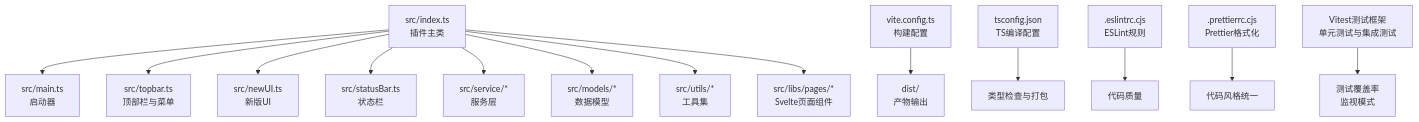
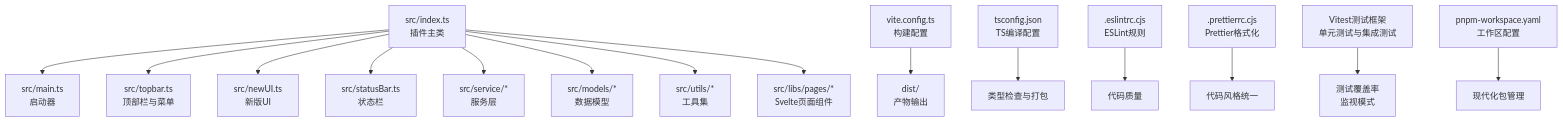
The first of 5 diagrams in .qoder/repowiki/zh/content/开发指南/开发指南.md (terwerinc/siyuan-plugin-share-pro), drawn with Mermaid before and after one commit. The commit also changed other lines of this file and 6 other files, not shown here.

Commit message:
docs(zh): add storage API docs and update dev guide for pnpm workspace

````diff
--- a/.qoder/repowiki/zh/content/开发指南/开发指南.md
+++ b/.qoder/repowiki/zh/content/开发指南/开发指南.md
@@ -46,16 +54,17 @@
 ```mermaid
 graph TB
 A["src/index.ts<br/>插件主类"] --> B["src/main.ts<br/>启动器"]
 A --> C["src/topbar.ts<br/>顶部栏与菜单"]
 A --> D["src/newUI.ts<br/>新版UI"]
 A --> E["src/statusBar.ts<br/>状态栏"]
 A --> F["src/service/*<br/>服务层"]
 A --> G["src/models/*<br/>数据模型"]
 A --> H["src/utils/*<br/>工具集"]
 A --> I["src/libs/pages/*<br/>Svelte页面组件"]
 J["vite.config.ts<br/>构建配置"] --> K["dist/<br/>产物输出"]
 L["tsconfig.json<br/>TS编译配置"] --> M["类型检查与打包"]
 N[".eslintrc.cjs<br/>ESLint规则"] --> O["代码质量"]
 P[".prettierrc.cjs<br/>Prettier格式化"] --> Q["代码风格统一"]
 R["Vitest测试框架<br/>单元测试与集成测试"] --> S["测试覆盖率<br/>监视模式"]
+W["pnpm-workspace.yaml<br/>工作区配置"] --> X["现代化包管理"]
 ```
````
